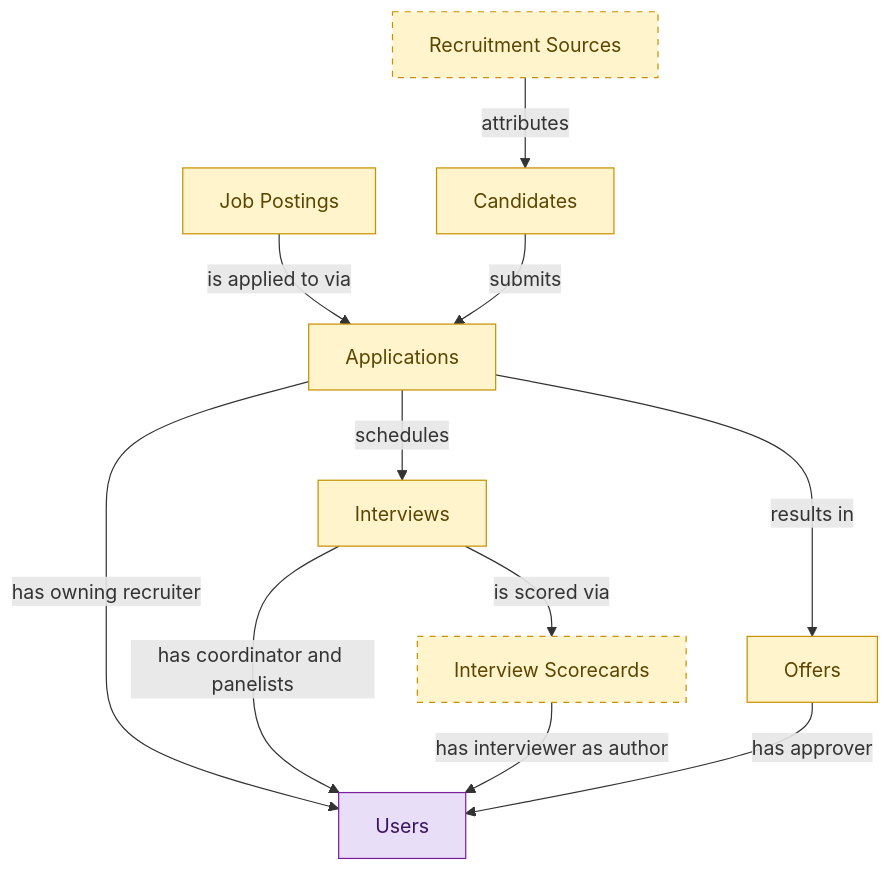
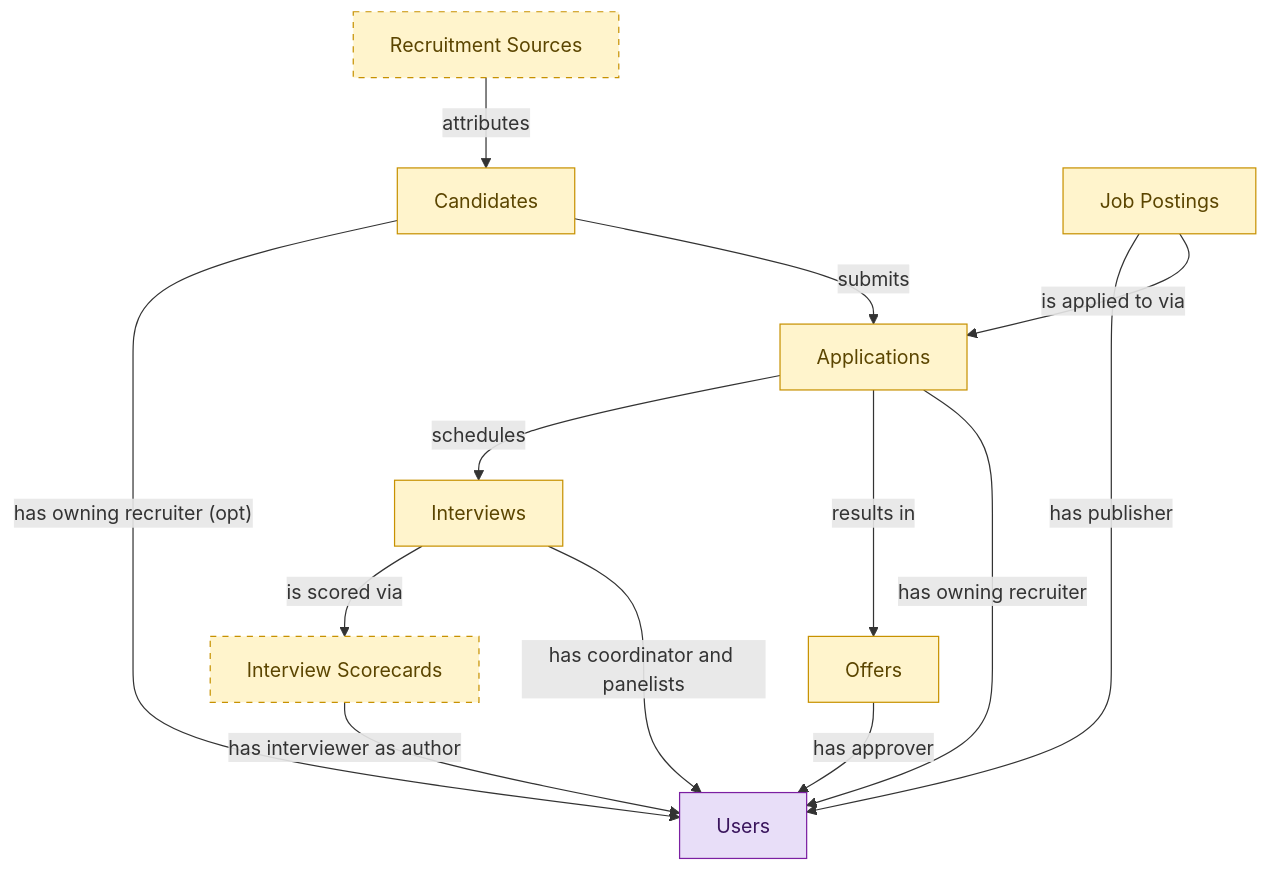
The diagram in catalog/blueprints/hiring-starter-semantic-blueprint.md (IntranetFactory/domain-map), drawn with Mermaid before and after one commit. The commit also changed other lines of this file and 170 other files, not shown here.

````diff
--- a/catalog/blueprints/hiring-starter-semantic-blueprint.md
+++ b/catalog/blueprints/hiring-starter-semantic-blueprint.md
@@ -33,33 +35,35 @@
 ```mermaid
 flowchart TD
   classDef embedded_master fill:#fff4cc,stroke:#c79100,color:#5b4500;
   classDef consumer fill:#e8def8,stroke:#7b1fa2,color:#3a155d;
   candidates["Candidates"]
   job_postings["Job Postings"]
   job_applications["Applications"]
   interviews["Interviews"]
   interview_scorecards["Interview Scorecards"]
   job_offers["Offers"]
   recruitment_sources["Recruitment Sources"]
   users["Users"]
+  candidates -->|"has owning recruiter (opt)"| users
+  job_postings -->|"has publisher"| users
   job_postings -->|"is applied to via"| job_applications
   candidates -->|"submits"| job_applications
   recruitment_sources -->|"attributes"| candidates
   job_applications -->|"schedules"| interviews
   interviews -->|"is scored via"| interview_scorecards
   job_applications -->|"results in"| job_offers
   job_applications -->|"has owning recruiter"| users
   interviews -->|"has coordinator and panelists"| users
   interview_scorecards -->|"has interviewer as author"| users
   job_offers -->|"has approver"| users
   class candidates embedded_master;
   class job_postings embedded_master;
   class job_applications embedded_master;
   class interviews embedded_master;
   class interview_scorecards embedded_master;
   class job_offers embedded_master;
   class recruitment_sources embedded_master;
   class users consumer;
   style interview_scorecards stroke-dasharray:5 5;
   style recruitment_sources stroke-dasharray:5 5;
 ```
````
